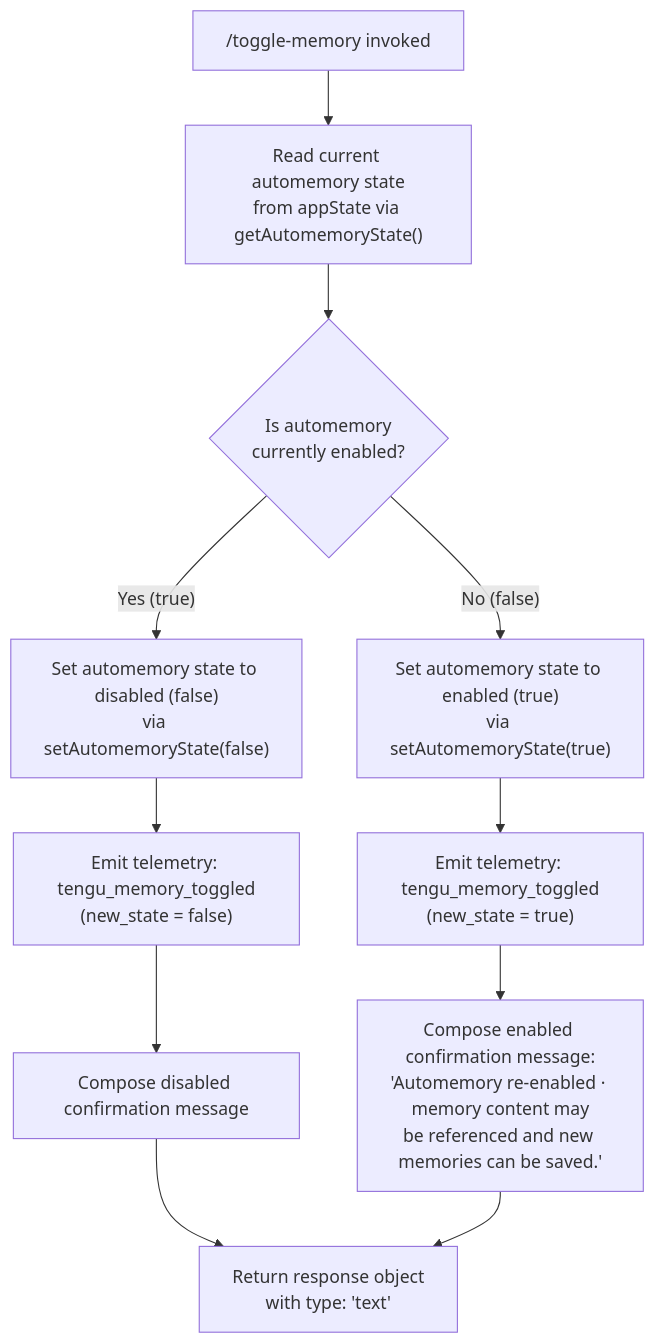
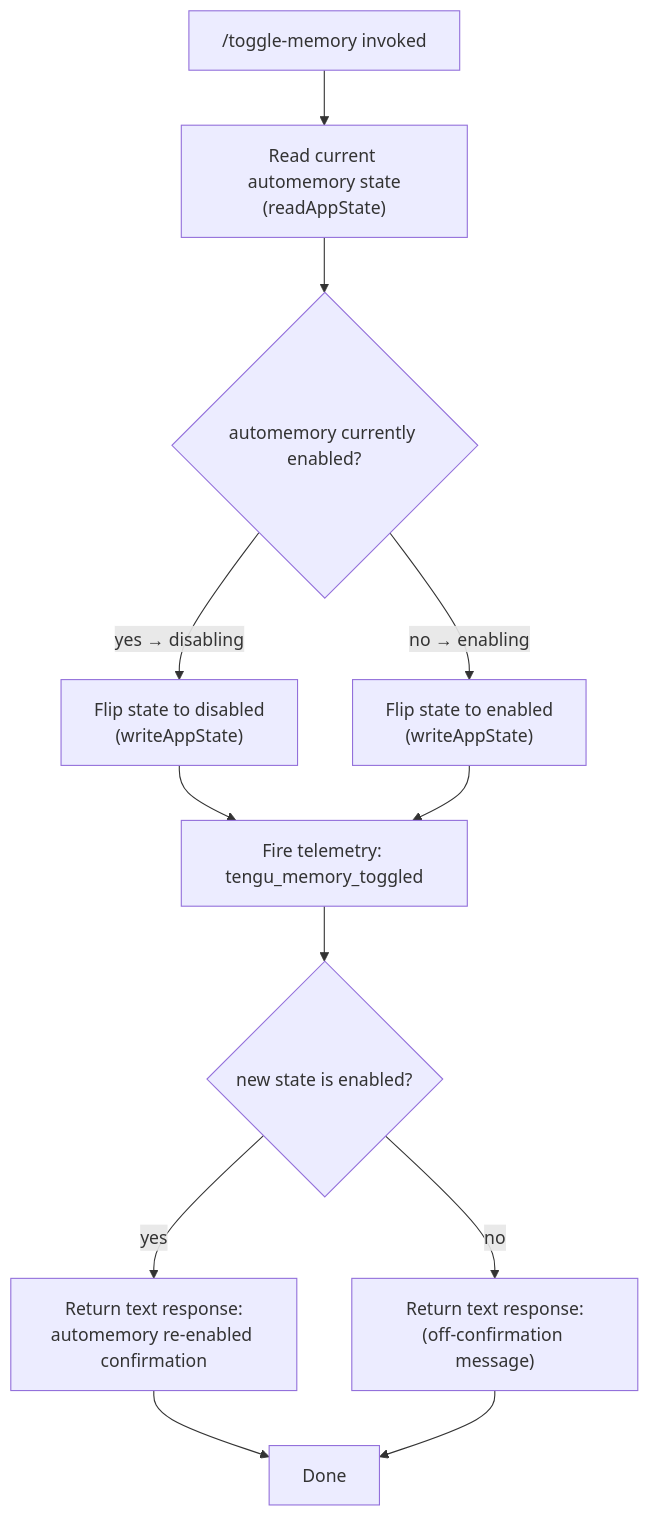
Before and after one commit to MyLittleLuckyDog/cc-gnothi: the diagram in versions/v2.1.143/toggle-memory.md, drawn with Mermaid. The commit also changed other lines of this file and 483 other files, not shown here.

````diff
--- a/versions/v2.1.143/toggle-memory.md
+++ b/versions/v2.1.143/toggle-memory.md
@@ -48,13 +57,14 @@
 ```mermaid
 flowchart TD
-    A["/toggle-memory invoked"] --> B["Read current automemory state\nfrom appState via getAutomemoryState()"]
-    B --> C{Is automemory\ncurrently enabled?}
-    C -- "Yes (true)" --> D["Set automemory state to disabled (false)\nvia setAutomemoryState(false)"]
-    C -- "No (false)" --> E["Set automemory state to enabled (true)\nvia setAutomemoryState(true)"]
-    D --> F["Emit telemetry: tengu_memory_toggled\n(new_state = false)"]
-    E --> G["Emit telemetry: tengu_memory_toggled\n(new_state = true)"]
-    F --> H["Compose disabled confirmation message\n<!-- TODO: not found in depth-2 traversal; needs --depth 4 -->"]
-    G --> I["Compose enabled confirmation message:\n'Automemory re-enabled · memory content may\nbe referenced and new memories can be saved.'"]
-    H --> J["Return response object\nwith type: 'text'"]
+    A["/toggle-memory invoked"] --> B["Read current automemory state\n(readAppState)"]
+    B --> C{automemory currently enabled?}
+    C -- "yes → disabling" --> D["Flip state to disabled\n(writeAppState)"]
+    C -- "no → enabling" --> E["Flip state to enabled\n(writeAppState)"]
+    D --> F["Fire telemetry: tengu_memory_toggled"]
+    E --> F
+    F --> G{new state is enabled?}
+    G -- "yes" --> H["Return text response:\nautomemory re-enabled confirmation"]
+    G -- "no" --> I["Return text response:\n(off-confirmation message)"]
+    H --> J[Done]
     I --> J
 ```
````
